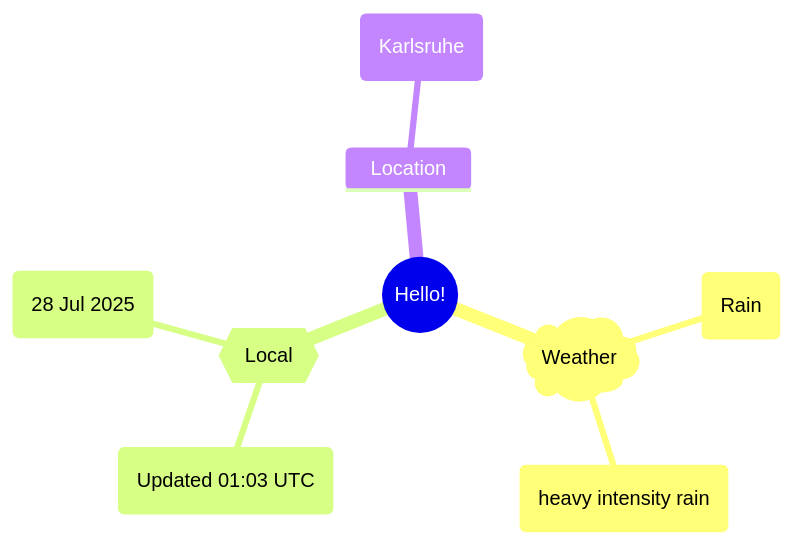
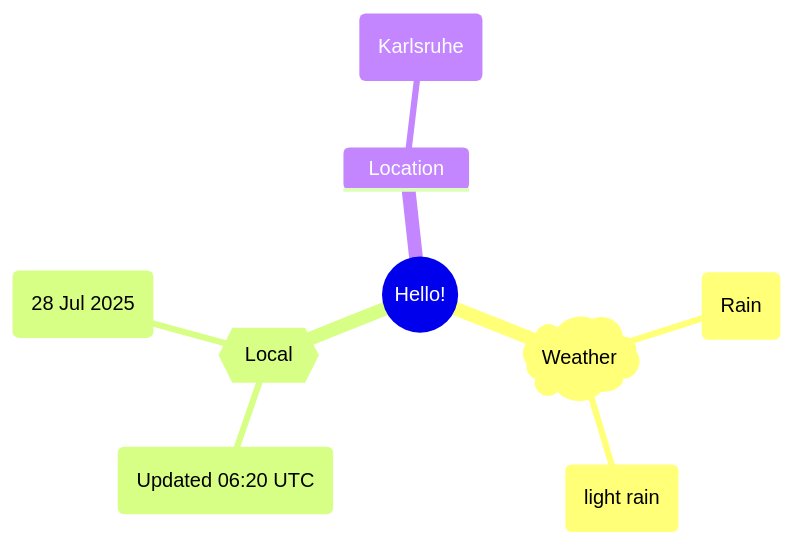
The first of 2 diagrams in README.md (Xosrov/Xosrov), drawn with Mermaid before and after one commit.

Commit message:
[bot] updated images

````diff
--- a/README.md
+++ b/README.md
@@ -3,12 +3,12 @@
 ```mermaid
 mindmap
   root((Hello!))
     )Weather(
         (Rain)
-        (heavy intensity rain)
+        (light rain)
     {{Local}}
-        (Updated 01:03 UTC)
+        (Updated 06:20 UTC)
         (28 Jul 2025)
     Location
         (Karlsruhe)
 ```
````
